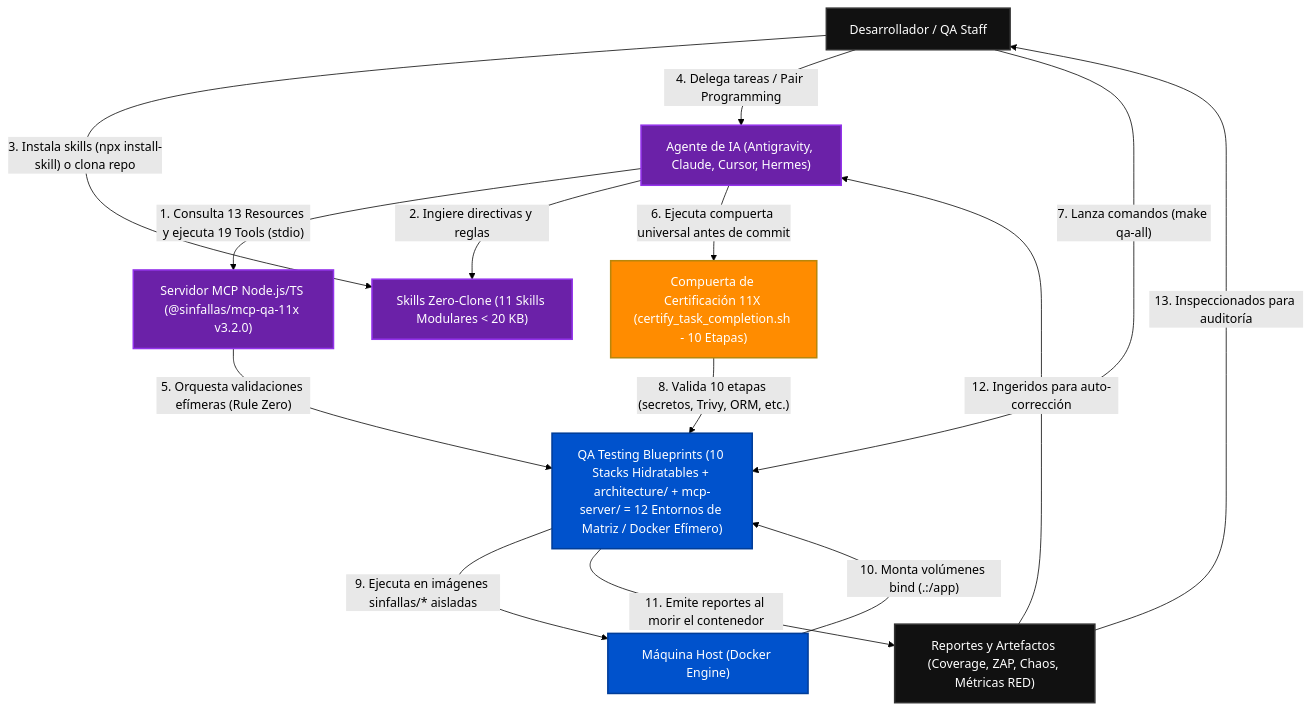
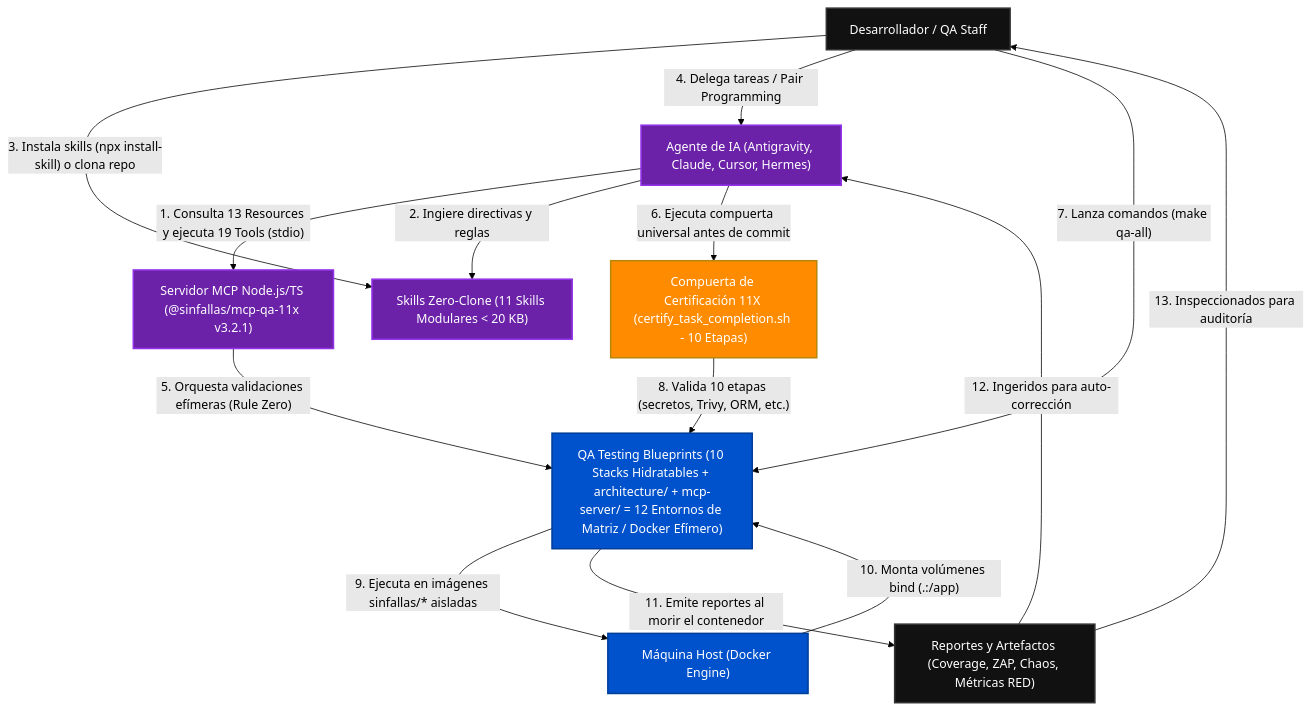
Before and after one commit to tecno-consultores/qa-testing-blueprints: the first of 3 diagrams in docs/ARCHITECTURE_C4.es.md, drawn with Mermaid (forest theme). The commit also changed 45 other files, not shown here.

````diff
--- a/docs/ARCHITECTURE_C4.es.md
+++ b/docs/ARCHITECTURE_C4.es.md
@@ -12,33 +12,33 @@
 ```mermaid
 flowchart TD
     Human["Desarrollador / QA Staff"]
     Agent["Agente de IA (Antigravity, Claude, Cursor, Hermes)"]
-    MCP["Servidor MCP Node.js/TS (@sinfallas/mcp-qa-11x v3.2.0)"]
+    MCP["Servidor MCP Node.js/TS (@sinfallas/mcp-qa-11x v3.2.1)"]
     Skill["Skills Zero-Clone (11 Skills Modulares < 20 KB)"]
     Gate["Compuerta de Certificación 11X (certify_task_completion.sh - 10 Etapas)"]
     QA["QA Testing Blueprints (10 Stacks Hidratables + architecture/ + mcp-server/ = 12 Entornos de Matriz / Docker Efímero)"]
     Host["Máquina Host (Docker Engine)"]
     Reports["Reportes y Artefactos (Coverage, ZAP, Chaos, Métricas RED)"]
 
     Agent -->|"1. Consulta 13 Resources y ejecuta 19 Tools (stdio)"| MCP
     Agent -->|"2. Ingiere directivas y reglas"| Skill
     Human -->|"3. Instala skills (npx install-skill) o clona repo"| Skill
     Human -->|"4. Delega tareas / Pair Programming"| Agent
     MCP -->|"5. Orquesta validaciones efímeras (Rule Zero)"| QA
     Agent -->|"6. Ejecuta compuerta universal antes de commit"| Gate
     Human -->|"7. Lanza comandos (make qa-all)"| QA
     Gate -->|"8. Valida 10 etapas (secretos, Trivy, ORM, etc.)"| QA
     QA -->|"9. Ejecuta en imágenes sinfallas/* aisladas"| Host
     Host -->|"10. Monta volúmenes bind (.:/app)"| QA
     QA -->|"11. Emite reportes al morir el contenedor"| Reports
     Reports -->|"12. Ingeridos para auto-corrección"| Agent
     Reports -->|"13. Inspeccionados para auditoría"| Human
 
     classDef default fill:#111,stroke:#333,stroke-width:2px,color:#fff;
     classDef highlight fill:#0052cc,stroke:#003d99,stroke-width:2px,color:#fff;
     classDef barrier fill:#ff8c00,stroke:#b8860b,stroke-width:2px,color:#fff;
     classDef ai fill:#6b21a8,stroke:#9333ea,stroke-width:2px,color:#fff;
     class QA,Host highlight;
     class Gate barrier;
     class Agent,MCP,Skill ai;
 ```
````
